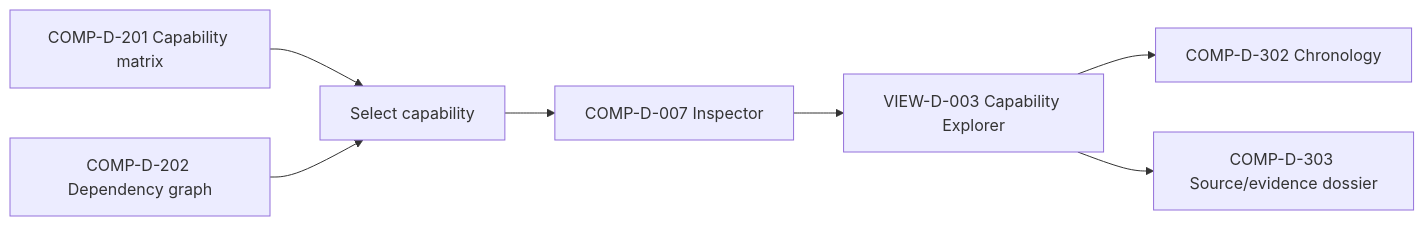
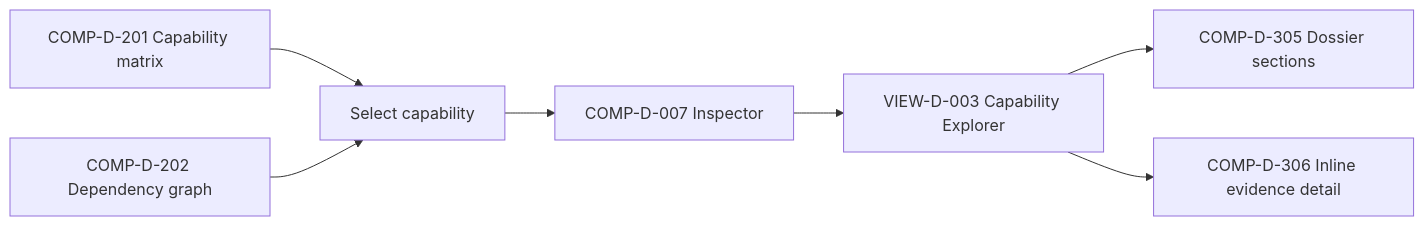
Before and after one commit to Entif-AI/Bilqis: the eighth of 18 diagrams in docs/architecture/mission-control-design/FLOWS.md, drawn with Mermaid. The commit also changed other lines of this file and 7 other files, not shown here.

Commit message:
docs(mission-control): make atlas target-state flowcharts

````diff
--- a/docs/architecture/mission-control-design/FLOWS.md
+++ b/docs/architecture/mission-control-design/FLOWS.md
@@ -117,9 +117,9 @@
 ```mermaid
 flowchart LR
   A[COMP-D-201 Capability matrix] --> B[Select capability]
   C[COMP-D-202 Dependency graph] --> B
   B --> D[COMP-D-007 Inspector]
   D --> E[VIEW-D-003 Capability Explorer]
-  E --> F[COMP-D-302 Chronology]
-  E --> G[COMP-D-303 Source/evidence dossier]
+  E --> F[COMP-D-305 Dossier sections]
+  E --> G[COMP-D-306 Inline evidence detail]
 ```
````
